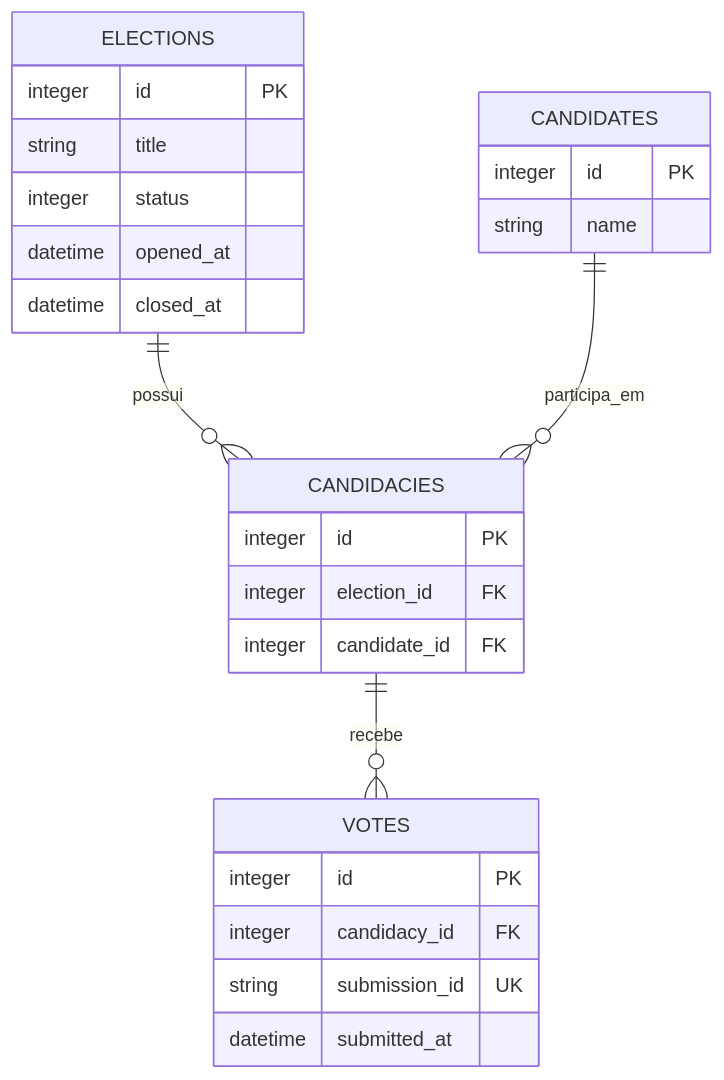
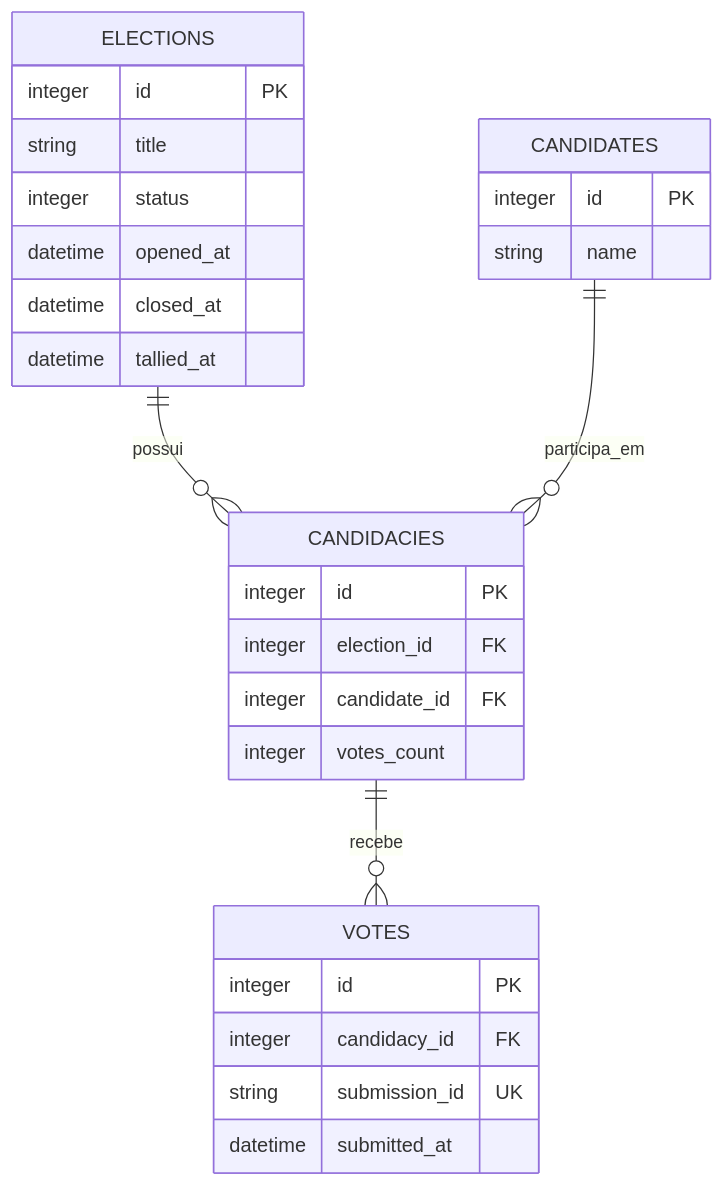
Before and after one commit to RobertoBarros/bbb: the diagram in README.md, drawn with Mermaid. The commit also changed other lines of this file and 8 other files, not shown here.

````diff
--- a/README.md
+++ b/README.md
@@ -36,29 +36,31 @@
 ```mermaid
 erDiagram
   ELECTIONS {
     integer id PK
     string title
     integer status
     datetime opened_at
     datetime closed_at
+    datetime tallied_at
   }
   CANDIDATES {
     integer id PK
     string name
   }
   CANDIDACIES {
     integer id PK
     integer election_id FK
     integer candidate_id FK
+    integer votes_count
   }
   VOTES {
     integer id PK
     integer candidacy_id FK
     string submission_id UK
     datetime submitted_at
   }
 
   ELECTIONS ||--o{ CANDIDACIES : possui
   CANDIDATES ||--o{ CANDIDACIES : participa_em
   CANDIDACIES ||--o{ VOTES : recebe
 ```
````
